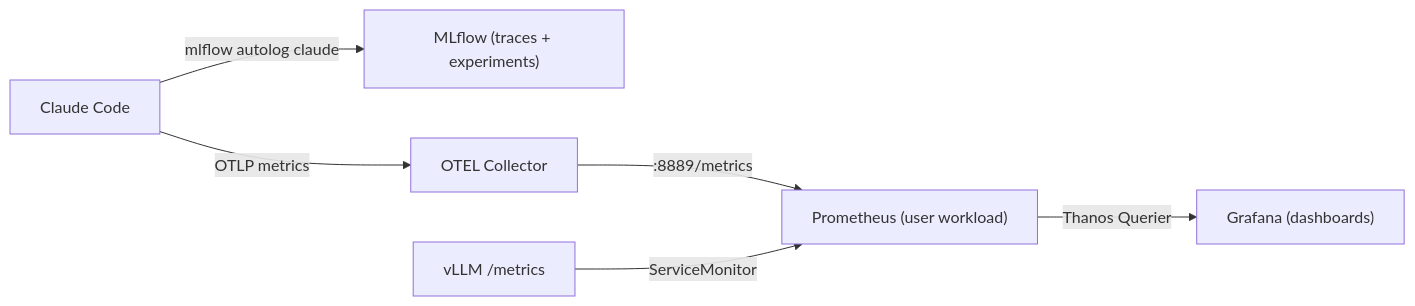
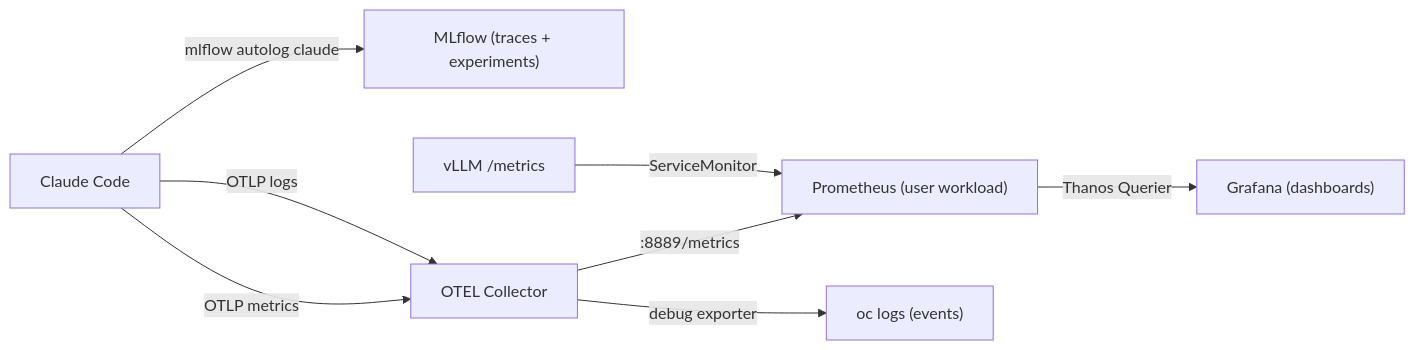
One commit to gsampaio-rh/claude-code-openshift changed the sixth of 8 diagrams in docs/ARCHITECTURE.md. Above: the diagram before and after it, drawn with Mermaid. The commit also changed other lines of this file and 7 other files, not shown here.

First line of the commit message:
Expand agent dashboard: derived metrics, MLflow traces, container resources, OTel logs

````diff
--- a/docs/ARCHITECTURE.md
+++ b/docs/ARCHITECTURE.md
@@ -489,8 +489,10 @@
 ```mermaid
 flowchart LR
     Agent["Claude Code"] -->|"mlflow autolog claude"| MLflow["MLflow (traces + experiments)"]
     Agent -->|"OTLP metrics"| OTEL["OTEL Collector"]
+    Agent -->|"OTLP logs"| OTEL
     OTEL -->|":8889/metrics"| Prom["Prometheus (user workload)"]
+    OTEL -->|"debug exporter"| Logs["oc logs (events)"]
     vLLM["vLLM /metrics"] -->|"ServiceMonitor"| Prom
     Prom -->|"Thanos Querier"| Grafana["Grafana (dashboards)"]
 ```
````
